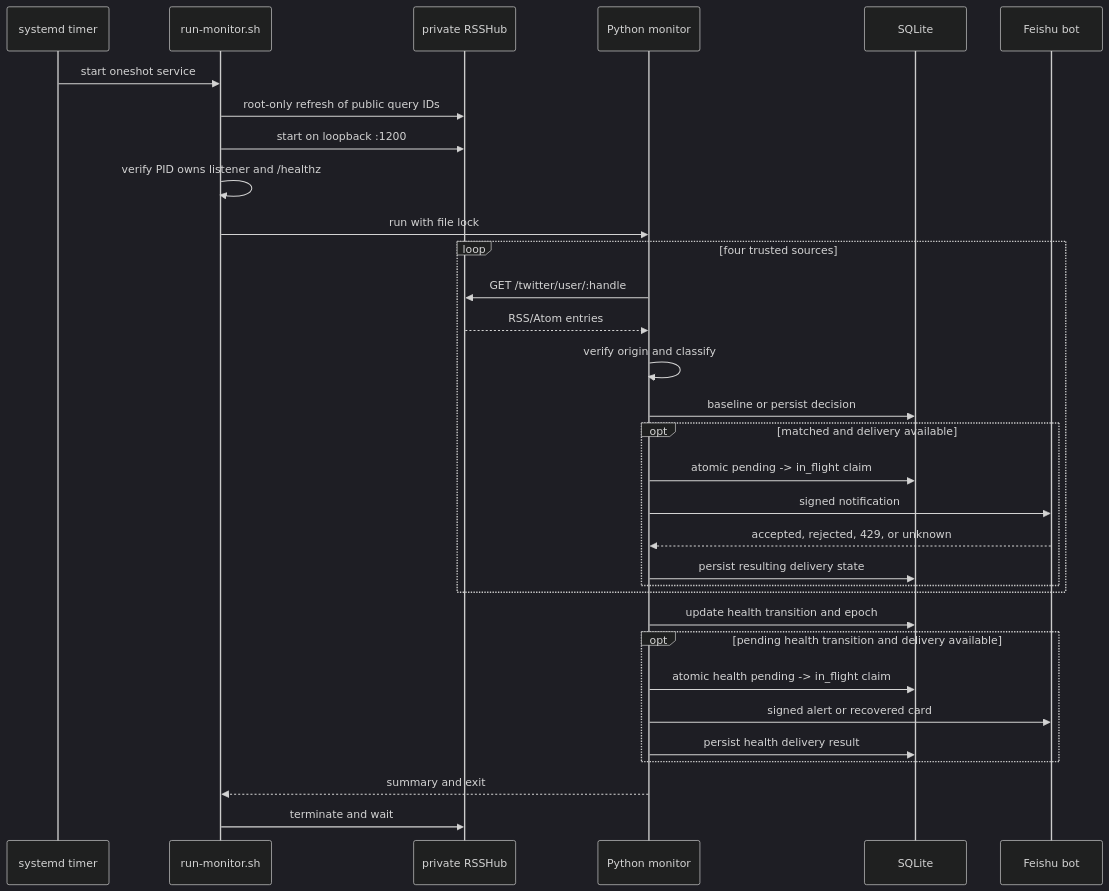
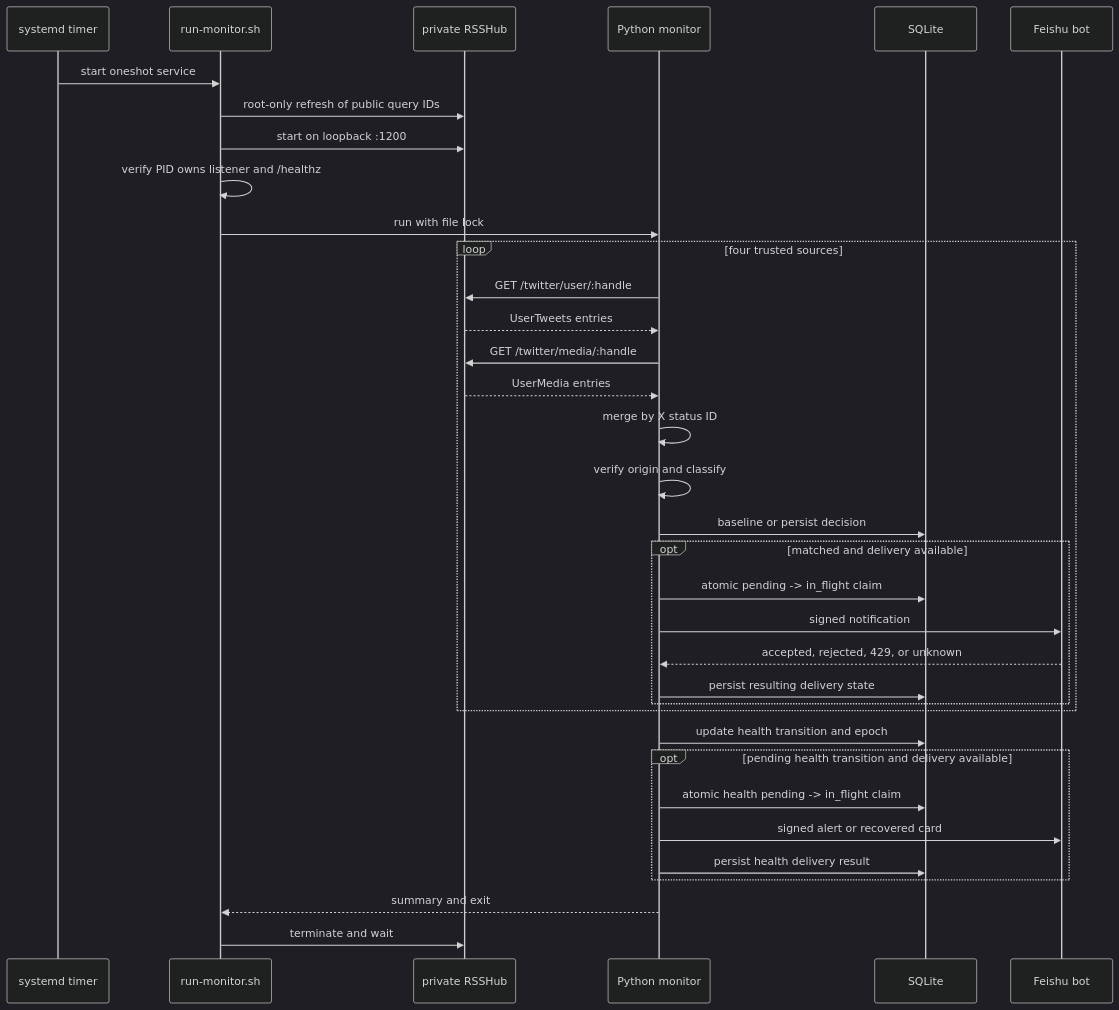
Before and after one commit to Wang-JDong/codex-quota-monitor: the first of 2 diagrams in docs/architecture/ARCHITECTURE.md, drawn with Mermaid (dark theme). The commit also changed other lines of this file and 12 other files, not shown here.

Commit message:
fix: supplement quota feeds with media timeline

````diff
--- a/docs/architecture/ARCHITECTURE.md
+++ b/docs/architecture/ARCHITECTURE.md
@@ -27,35 +27,38 @@
 ```mermaid
 sequenceDiagram
     participant Timer as systemd timer
     participant Runner as run-monitor.sh
     participant Hub as private RSSHub
     participant App as Python monitor
     participant DB as SQLite
     participant Bot as Feishu bot
 
     Timer->>Runner: start oneshot service
     Runner->>Hub: root-only refresh of public query IDs
     Runner->>Hub: start on loopback :1200
     Runner->>Runner: verify PID owns listener and /healthz
     Runner->>App: run with file lock
     loop four trusted sources
         App->>Hub: GET /twitter/user/:handle
-        Hub-->>App: RSS/Atom entries
+        Hub-->>App: UserTweets entries
+        App->>Hub: GET /twitter/media/:handle
+        Hub-->>App: UserMedia entries
+        App->>App: merge by X status ID
         App->>App: verify origin and classify
         App->>DB: baseline or persist decision
         opt matched and delivery available
             App->>DB: atomic pending -> in_flight claim
             App->>Bot: signed notification
             Bot-->>App: accepted, rejected, 429, or unknown
             App->>DB: persist resulting delivery state
         end
     end
     App->>DB: update health transition and epoch
     opt pending health transition and delivery available
         App->>DB: atomic health pending -> in_flight claim
         App->>Bot: signed alert or recovered card
         App->>DB: persist health delivery result
     end
     App-->>Runner: summary and exit
     Runner->>Hub: terminate and wait
 ```
````
